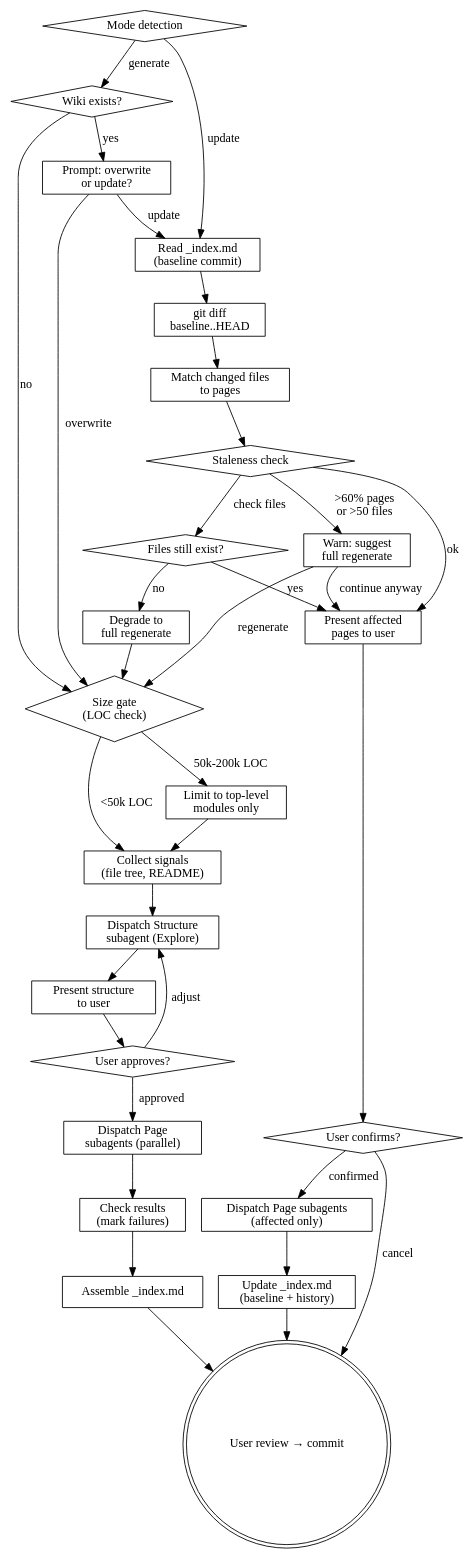
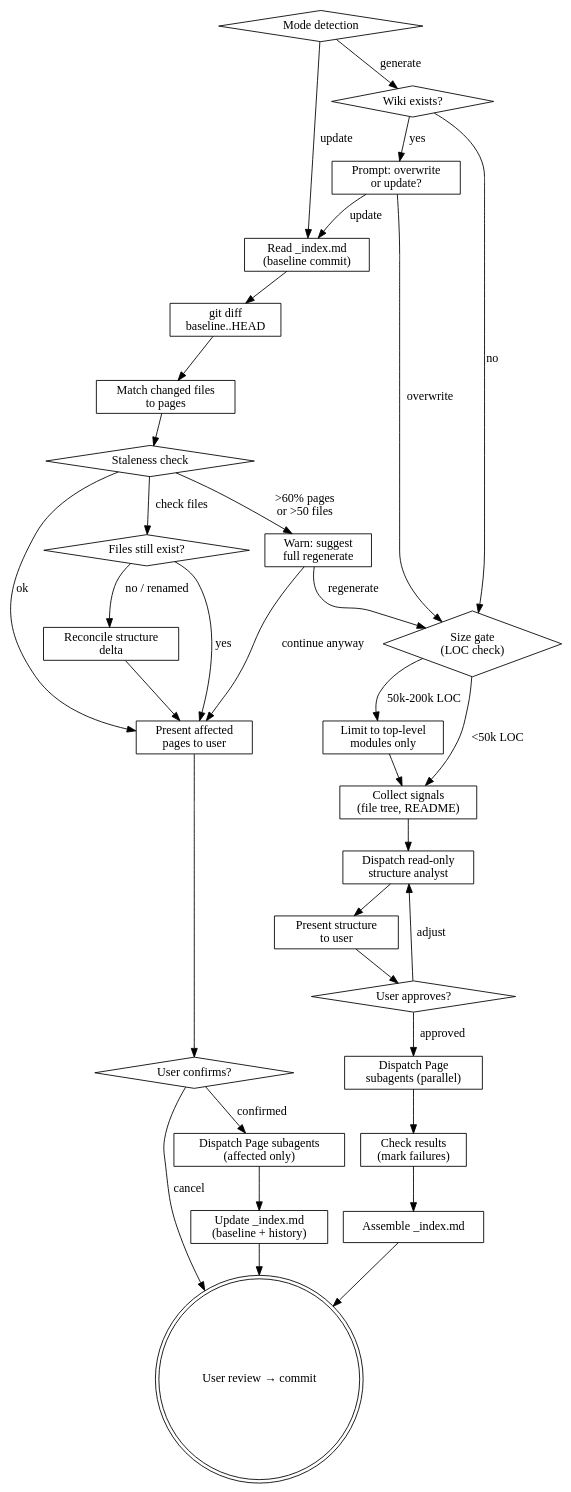
One commit to knotmark-ai/devmuse changed the diagram in skills/mu-wiki/SKILL.md. Above: the diagram before and after it, drawn with Graphviz. The commit also changed other lines of this file and 80 other files, not shown here.

````diff
--- a/skills/mu-wiki/SKILL.md
+++ b/skills/mu-wiki/SKILL.md
@@ -40,70 +48,70 @@
 ```dot
 digraph mu_wiki {
     rankdir=TB;
 
     // Generate flow
     "Mode detection" [shape=diamond];
     "Wiki exists?" [shape=diamond];
     "Prompt: overwrite\nor update?" [shape=box];
     "Size gate\n(LOC check)" [shape=diamond];
     "Limit to top-level\nmodules only" [shape=box];
     "Collect signals\n(file tree, README)" [shape=box];
-    "Dispatch Structure\nsubagent (Explore)" [shape=box];
+    "Dispatch read-only\nstructure analyst" [shape=box];
     "Present structure\nto user" [shape=box];
     "User approves?" [shape=diamond];
     "Dispatch Page\nsubagents (parallel)" [shape=box];
     "Check results\n(mark failures)" [shape=box];
     "Assemble _index.md" [shape=box];
     "User review → commit" [shape=doublecircle];
 
     // Update flow
     "Read _index.md\n(baseline commit)" [shape=box];
     "git diff\nbaseline..HEAD" [shape=box];
     "Match changed files\nto pages" [shape=box];
     "Staleness check" [shape=diamond];
     "Warn: suggest\nfull regenerate" [shape=box];
     "Files still exist?" [shape=diamond];
-    "Degrade to\nfull regenerate" [shape=box];
+    "Reconcile structure\ndelta" [shape=box];
     "Present affected\npages to user" [shape=box];
     "User confirms?" [shape=diamond];
     "Dispatch Page subagents\n(affected only)" [shape=box];
     "Update _index.md\n(baseline + history)" [shape=box];
 
     "Mode detection" -> "Wiki exists?" [label="generate"];
     "Mode detection" -> "Read _index.md\n(baseline commit)" [label="update"];
 
     "Wiki exists?" -> "Size gate\n(LOC check)" [label="no"];
     "Wiki exists?" -> "Prompt: overwrite\nor update?" [label="yes"];
     "Prompt: overwrite\nor update?" -> "Size gate\n(LOC check)" [label="overwrite"];
     "Prompt: overwrite\nor update?" -> "Read _index.md\n(baseline commit)" [label="update"];
 
     "Size gate\n(LOC check)" -> "Collect signals\n(file tree, README)" [label="<50k LOC"];
     "Size gate\n(LOC check)" -> "Limit to top-level\nmodules only" [label="50k-200k LOC"];
     "Limit to top-level\nmodules only" -> "Collect signals\n(file tree, README)";
-    "Collect signals\n(file tree, README)" -> "Dispatch Structure\nsubagent (Explore)";
-    "Dispatch Structure\nsubagent (Explore)" -> "Present structure\nto user";
+    "Collect signals\n(file tree, README)" -> "Dispatch read-only\nstructure analyst";
+    "Dispatch read-only\nstructure analyst" -> "Present structure\nto user";
     "Present structure\nto user" -> "User approves?";
-    "User approves?" -> "Dispatch Structure\nsubagent (Explore)" [label="adjust"];
+    "User approves?" -> "Dispatch read-only\nstructure analyst" [label="adjust"];
     "User approves?" -> "Dispatch Page\nsubagents (parallel)" [label="approved"];
     "Dispatch Page\nsubagents (parallel)" -> "Check results\n(mark failures)";
     "Check results\n(mark failures)" -> "Assemble _index.md";
     "Assemble _index.md" -> "User review → commit";
 
     "Read _index.md\n(baseline commit)" -> "git diff\nbaseline..HEAD";
     "git diff\nbaseline..HEAD" -> "Match changed files\nto pages";
     "Match changed files\nto pages" -> "Staleness check";
     "Staleness check" -> "Present affected\npages to user" [label="ok"];
     "Staleness check" -> "Warn: suggest\nfull regenerate" [label=">60% pages\nor >50 files"];
     "Warn: suggest\nfull regenerate" -> "Present affected\npages to user" [label="continue anyway"];
     "Warn: suggest\nfull regenerate" -> "Size gate\n(LOC check)" [label="regenerate"];
     "Staleness check" -> "Files still exist?" [label="check files"];
     "Files still exist?" -> "Present affected\npages to user" [label="yes"];
-    "Files still exist?" -> "Degrade to\nfull regenerate" [label="no"];
-    "Degrade to\nfull regenerate" -> "Size gate\n(LOC check)";
+    "Files still exist?" -> "Reconcile structure\ndelta" [label="no / renamed"];
+    "Reconcile structure\ndelta" -> "Present affected\npages to user";
     "Present affected\npages to user" -> "User confirms?";
     "User confirms?" -> "Dispatch Page subagents\n(affected only)" [label="confirmed"];
     "User confirms?" -> "User review → commit" [label="cancel"];
     "Dispatch Page subagents\n(affected only)" -> "Update _index.md\n(baseline + history)";
     "Update _index.md\n(baseline + history)" -> "User review → commit";
 }
 ```
````
